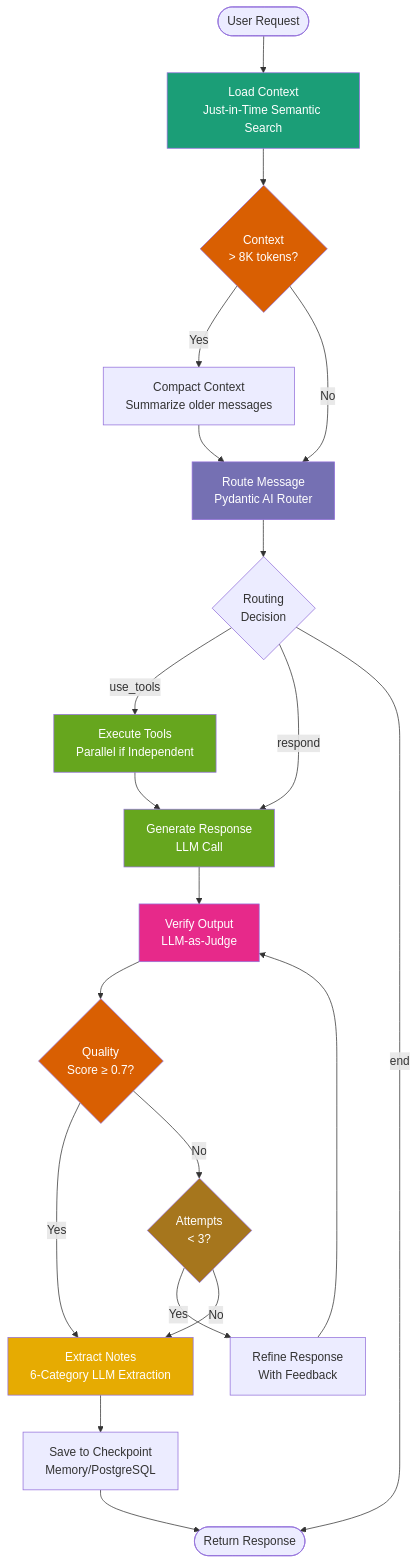
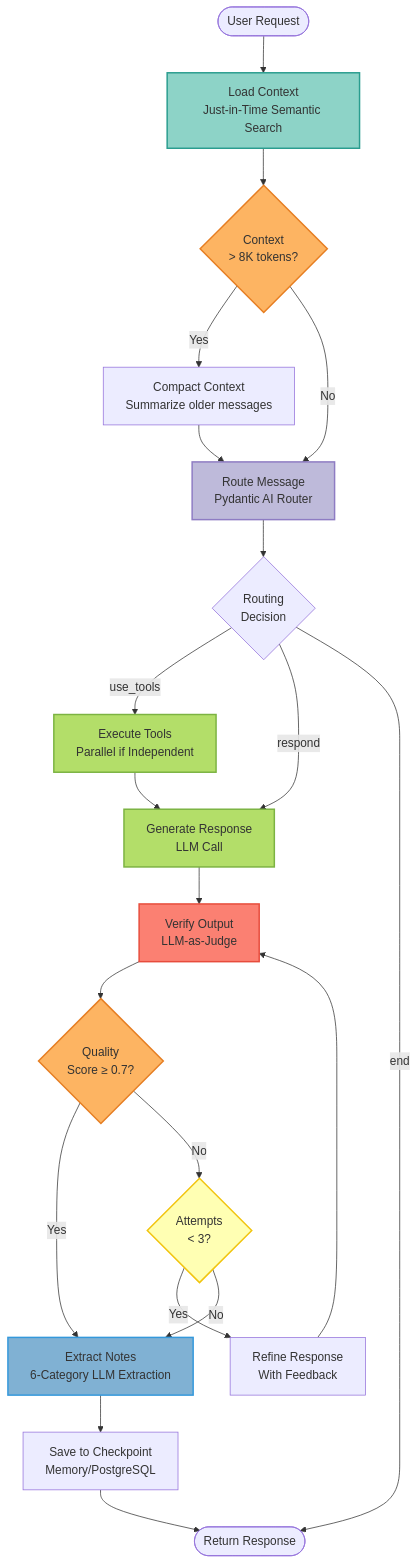
Before and after one commit to vishnu2kmohan/mcp-server-langgraph: the third of 10 diagrams in docs/diagrams/system-architecture.mdx, drawn with Mermaid. The commit also changed other lines of this file and 11 other files, not shown here.

First line of the commit message:
style: migrate all diagrams from Dark2 to Set3 ColorBrewer2 palette

````diff
--- a/docs/diagrams/system-architecture.mdx
+++ b/docs/diagrams/system-architecture.mdx
@@ -154,38 +154,38 @@
 ```mermaid
 flowchart TD
     Start([User Request]) --> LoadContext[Load Context<br/>Just-in-Time Semantic Search]
 
     LoadContext --> Compact{Context<br/>> 8K tokens?}
     Compact -->|Yes| CompactCtx[Compact Context<br/>Summarize older messages]
     Compact -->|No| Route[Route Message<br/>Pydantic AI Router]
     CompactCtx --> Route
 
     Route --> Decision{Routing<br/>Decision}
     Decision -->|use_tools| ExecuteTools[Execute Tools<br/>Parallel if Independent]
     Decision -->|respond| GenerateResp[Generate Response<br/>LLM Call]
     Decision -->|end| End([Return Response])
 
     ExecuteTools --> GenerateResp
     GenerateResp --> Verify[Verify Output<br/>LLM-as-Judge]
 
     Verify --> Quality{Quality<br/>Score ≥ 0.7?}
     Quality -->|Yes| ExtractNotes[Extract Notes<br/>6-Category LLM Extraction]
     Quality -->|No| Refine{Attempts<br/>< 3?}
 
     Refine -->|Yes| RefineResp[Refine Response<br/>With Feedback]
     Refine -->|No| ExtractNotes
     RefineResp --> Verify
 
     ExtractNotes --> SaveState[Save to Checkpoint<br/>Memory/PostgreSQL]
     SaveState --> End
 
-    style LoadContext fill:#1b9e77,color:#fff
-    style Compact fill:#d95f02,color:#fff
-    style Route fill:#7570b3,color:#fff
-    style ExecuteTools fill:#66a61e,color:#fff
-    style GenerateResp fill:#66a61e,color:#fff
-    style Verify fill:#e7298a,color:#fff
-    style ExtractNotes fill:#e6ab02,color:#fff
-    style Quality fill:#d95f02,color:#fff
-    style Refine fill:#a6761d,color:#fff
+    style LoadContext fill:#8dd3c7,stroke:#2a9d8f,stroke-width:2px,color:#333
+    style Compact fill:#fdb462,stroke:#e67e22,stroke-width:2px,color:#333
+    style Route fill:#bebada,stroke:#8e7cc3,stroke-width:2px,color:#333
+    style ExecuteTools fill:#b3de69,stroke:#7cb342,stroke-width:2px,color:#333
+    style GenerateResp fill:#b3de69,stroke:#7cb342,stroke-width:2px,color:#333
+    style Verify fill:#fb8072,stroke:#e74c3c,stroke-width:2px,color:#333
+    style ExtractNotes fill:#80b1d3,stroke:#3498db,stroke-width:2px,color:#333
+    style Quality fill:#fdb462,stroke:#e67e22,stroke-width:2px,color:#333
+    style Refine fill:#ffffb3,stroke:#f1c40f,stroke-width:2px,color:#333
 ```
````
